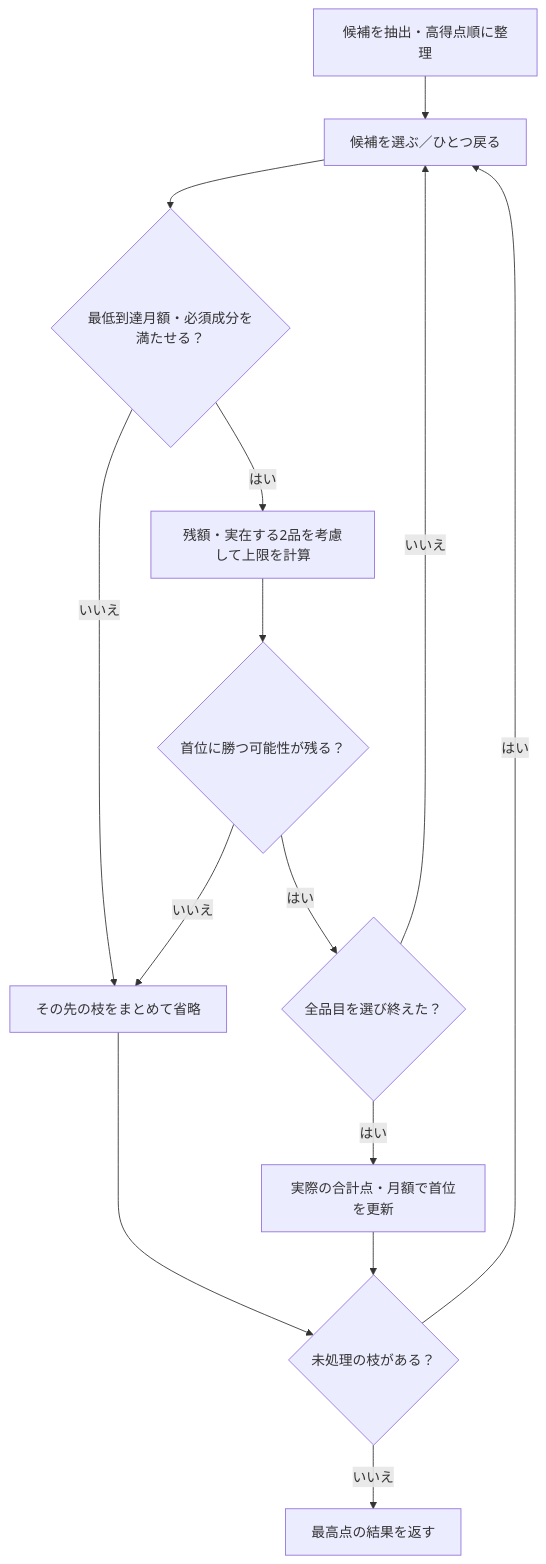
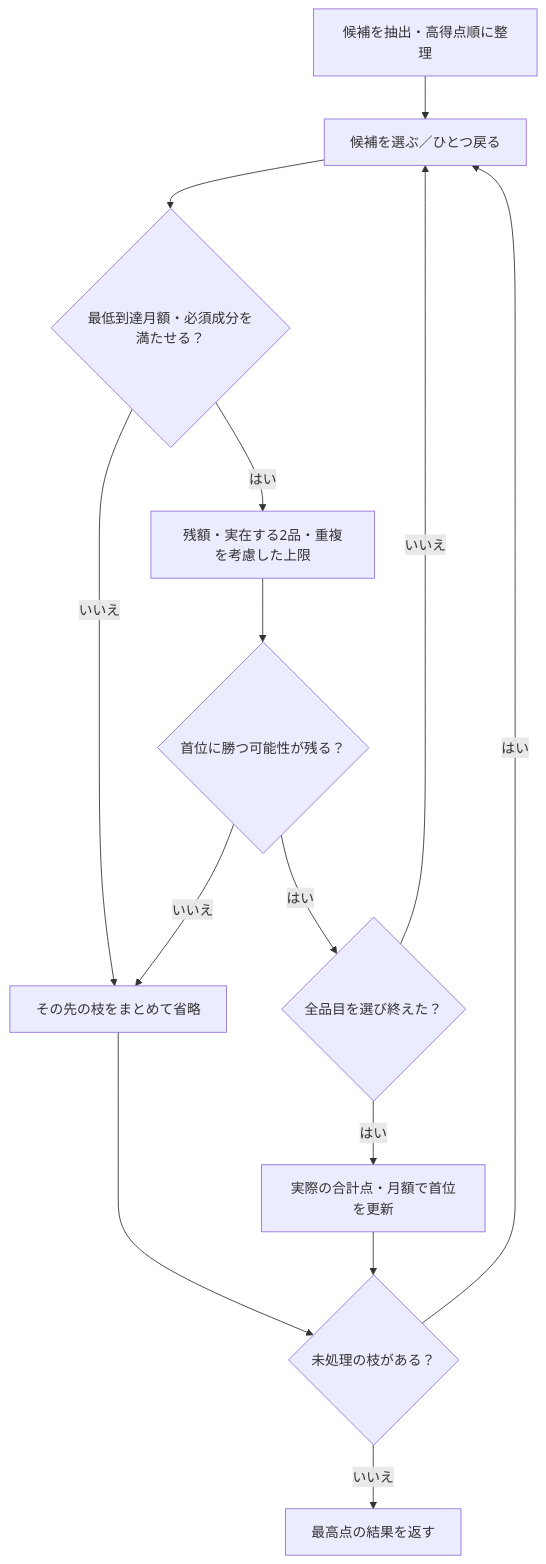
The diagram in docs/search-algorithm.md (28nznkffck-arch/skincare-optimizer), drawn with Mermaid before and after one commit. The commit also changed other lines of this file and 21 other files, not shown here.

````diff
--- a/docs/search-algorithm.md
+++ b/docs/search-algorithm.md
@@ -146,16 +174,16 @@
 ```mermaid
 flowchart TD
   A["候補を抽出・高得点順に整理"] --> B["候補を選ぶ／ひとつ戻る"]
   B --> C{"最低到達月額・必須成分を満たせる？"}
   C -- "いいえ" --> S["その先の枝をまとめて省略"]
-  C -- "はい" --> D["残額・実在する2品を考慮して上限を計算"]
+  C -- "はい" --> D["残額・実在する2品・重複を考慮した上限"]
   D --> E{"首位に勝つ可能性が残る？"}
   E -- "いいえ" --> S
   E -- "はい" --> F{"全品目を選び終えた？"}
   F -- "いいえ" --> B
   F -- "はい" --> G["実際の合計点・月額で首位を更新"]
   S --> H{"未処理の枝がある？"}
   G --> H
   H -- "はい" --> B
   H -- "いいえ" --> I["最高点の結果を返す"]
 ```
````
